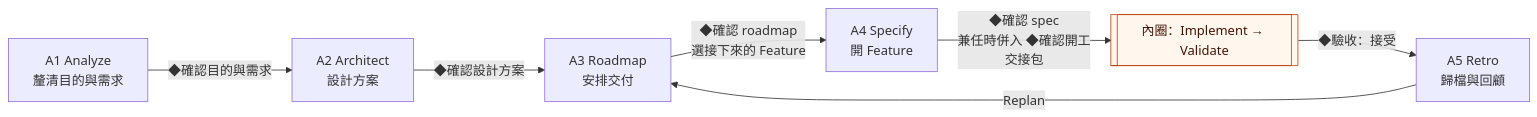
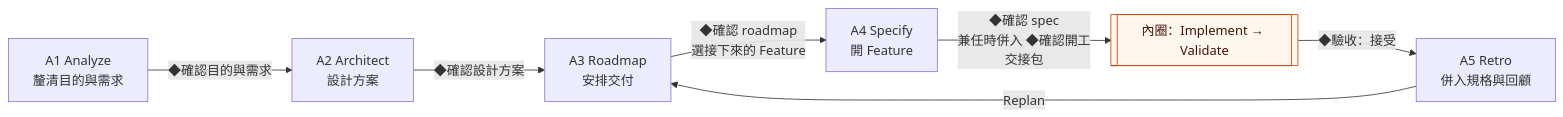
Before and after one commit to ellis429/loop-engineering: the second of 3 diagrams in docs/guide/user-guide.md, drawn with Mermaid. The commit also changed other lines of this file and 2 other files, not shown here.

````diff
--- a/docs/guide/user-guide.md
+++ b/docs/guide/user-guide.md
@@ -92,10 +92,10 @@
 ```mermaid
 flowchart LR
   A1["A1 Analyze<br/>釐清目的與需求"] -->|◆確認目的與需求| A2["A2 Architect<br/>設計方案"]
   A2 -->|◆確認設計方案| A3["A3 Roadmap<br/>安排交付"]
   A3 -->|◆確認 roadmap<br/>選接下來的 Feature| A4["A4 Specify<br/>開 Feature"]
   A4 -->|◆確認 spec<br/>兼任時併入 ◆確認開工<br/>交接包| IN[["內圈：Implement → Validate"]]
-  IN -->|◆驗收：接受| A5["A5 Retro<br/>歸檔與回顧"]
+  IN -->|◆驗收：接受| A5["A5 Retro<br/>併入規格與回顧"]
   A5 -->|Replan| A3
   style IN fill:#fff7ed,stroke:#c2410c,color:#431407
 ```
````
